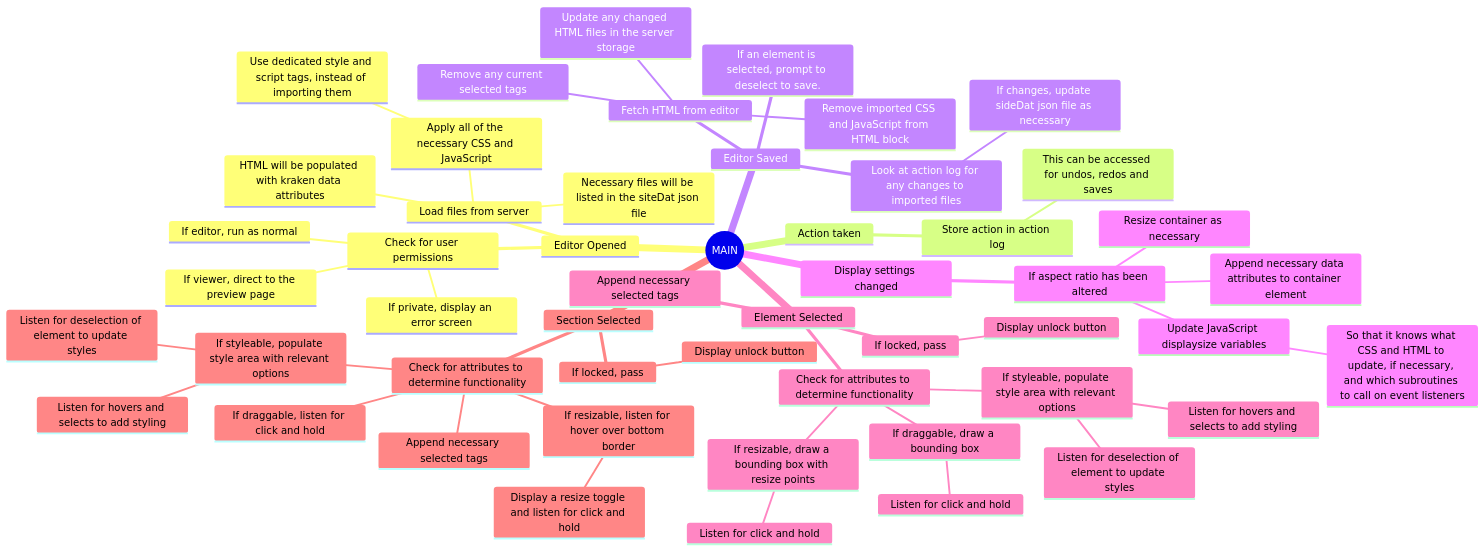
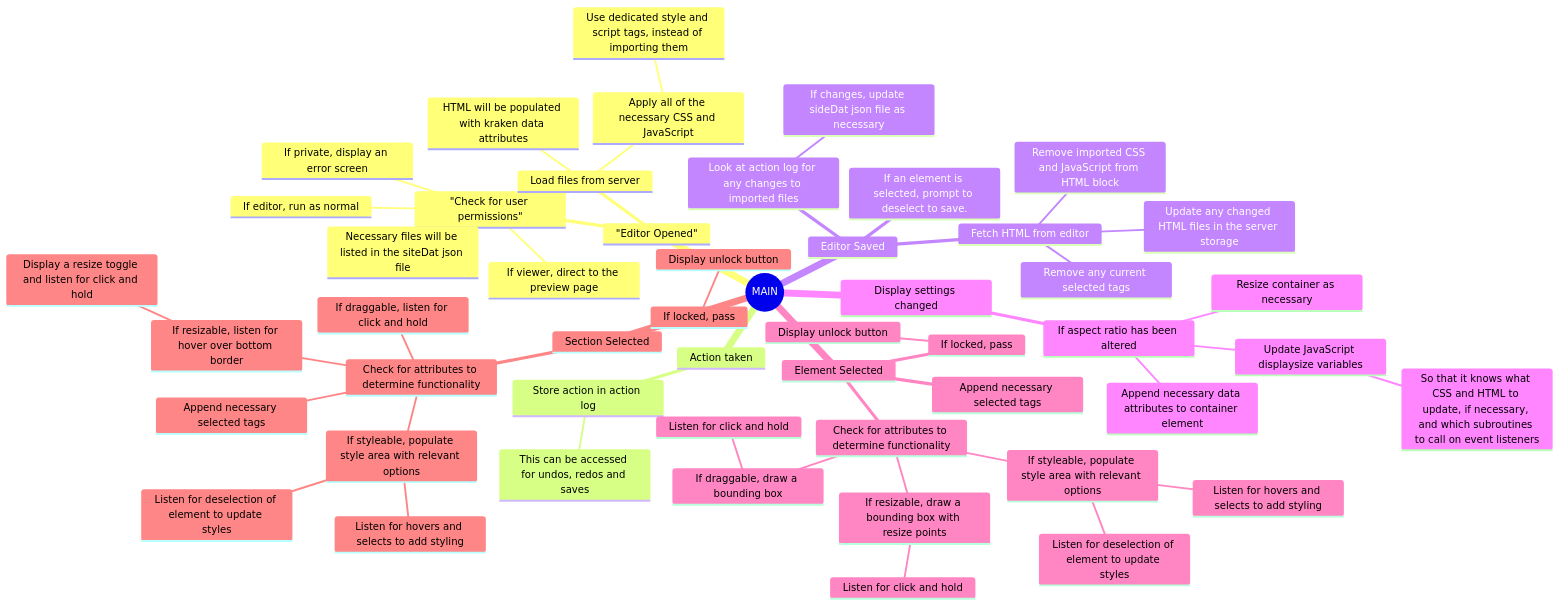
One commit to tomgxz/Kraken changed diagram 11 of 11 in README.md. Above: the diagram before and after it, drawn with Mermaid.

````diff
--- a/README.md
+++ b/README.md
@@ -546,61 +546,61 @@
 ```mermaid
 mindmap
-  root((MAIN))
+  root(("MAIN"))
 
-    Editor Opened
-        Check for user permissions
+    "Editor Opened"
+        "Check for user permissions"
             If editor, run as normal
             If viewer, direct to the preview page
             If private, display an error screen
         Load files from server
             Necessary files will be listed in the siteDat json file
             HTML will be populated with kraken data attributes
             Apply all of the necessary CSS and JavaScript
                 Use dedicated style and script tags, instead of importing them
 
     Action taken
         Store action in action log
             This can be accessed for undos, redos and saves
 
     Editor Saved
         If an element is selected, prompt to deselect to save.
         Fetch HTML from editor
             Remove imported CSS and JavaScript from HTML block
             Remove any current selected tags
             Update any changed HTML files in the server storage
         Look at action log for any changes to imported files
             If changes, update sideDat json file as necessary
 
     Display settings changed
         If aspect ratio has been altered
             Append necessary data attributes to container element
             Resize container as necessary
             Update JavaScript displaysize variables
                 So that it knows what CSS and HTML to update, if necessary, and which subroutines to call on event listeners
 
 
     Element Selected
         If locked, pass
             Display unlock button
         Check for attributes to determine functionality
             If styleable, populate style area with relevant options
                 Listen for hovers and selects to add styling
                 Listen for deselection of element to update styles
             If draggable, draw a bounding box
                 Listen for click and hold
             If resizable, draw a bounding box with resize points
                 Listen for click and hold
         Append necessary selected tags
 
     Section Selected
         If locked, pass
             Display unlock button
         Check for attributes to determine functionality
             If styleable, populate style area with relevant options
                 Listen for hovers and selects to add styling
                 Listen for deselection of element to update styles
             If draggable, listen for click and hold
             If resizable, listen for hover over bottom border
                 Display a resize toggle and listen for click and hold
             Append necessary selected tags
 ```
````
